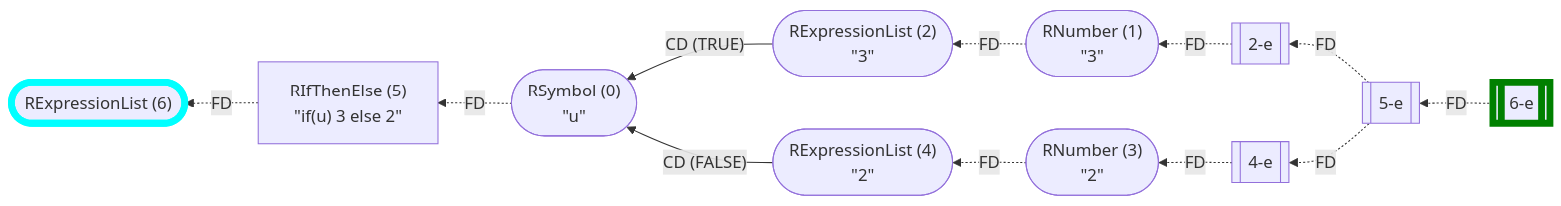
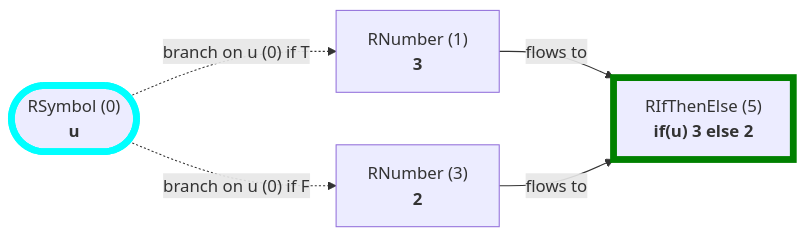
One commit to flowr-analysis/flowr changed the second of 22 diagrams in wiki/Control Flow Graph.md. Above: the diagram before and after it, drawn with Mermaid. The commit also changed other lines of this file and 141 other files, not shown here.

````diff
--- a/wiki/Control Flow Graph.md
+++ b/wiki/Control Flow Graph.md
@@ -112,32 +102,16 @@
 ```mermaid
-flowchart RL
-    n6(["`RExpressionList (6)`"])
+flowchart LR
+    n0(["`RSymbol (0)
+**u**`"])
+    n1["`RNumber (1)
+**3**`"]
+    n3["`RNumber (3)
+**2**`"]
     n5["`RIfThenElse (5)
-#34;if(u) 3 else 2#34;`"]
-    n5-e[[5-e]]
-    n0(["`RSymbol (0)
-#34;u#34;`"])
-    n2(["`RExpressionList (2)
-#34;3#34;`"])
-    n1(["`RNumber (1)
-#34;3#34;`"])
-    n2-e[[2-e]]
-    n4(["`RExpressionList (4)
-#34;2#34;`"])
-    n3(["`RNumber (3)
-#34;2#34;`"])
-    n4-e[[4-e]]
-    n6-e[[6-e]]
-    n5 -.->|"FD"| n6
-    n1 -.->|"FD"| n2
-    n2-e -.->|"FD"| n1
-    n3 -.->|"FD"| n4
-    n4-e -.->|"FD"| n3
-    n2 -->|"CD (TRUE)"| n0
-    n4 -->|"CD (FALSE)"| n0
-    n0 -.->|"FD"| n5
-    n5-e -.->|"FD"| n2-e
-    n5-e -.->|"FD"| n4-e
-    n6-e -.->|"FD"| n5-e
-    style n6 stroke:cyan,stroke-width:6.5px;    style n6-e stroke:green,stroke-width:6.5px;
+**if(u) 3 else 2**`"]
+    n0 -.->|"branch on u (0) if T"| n1
+    n0 -.->|"branch on u (0) if F"| n3
+    n1 -->|"flows to"| n5
+    n3 -->|"flows to"| n5
+    style n0 stroke:cyan,stroke-width:6.5px;    style n5 stroke:green,stroke-width:6.5px;
 ```
````
